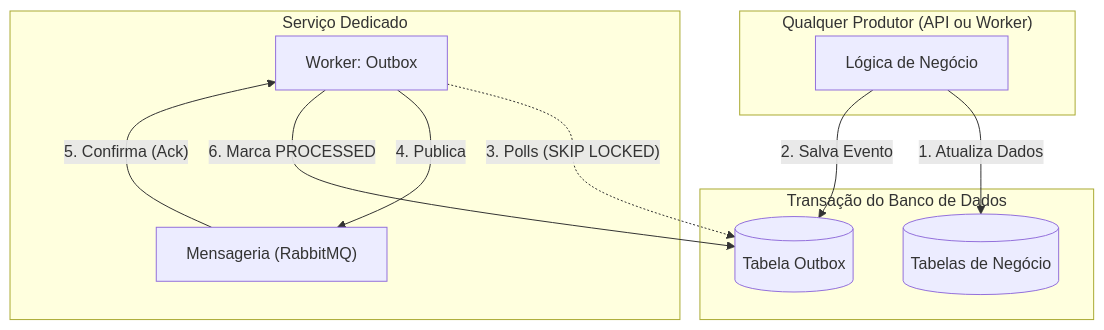
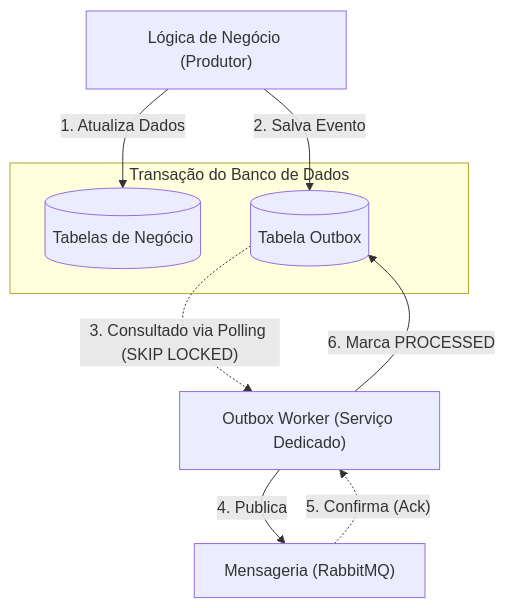
The second of 3 diagrams in README.pt-BR.md (luluopa/semantic-lead-intelligence-engine), drawn with Mermaid before and after one commit. The commit also changed 1 other file, not shown here.

Commit message:
docs: update OutboxWorker diagram in README and README.pt-BR for improved clarity and consistency in terminology

````diff
--- a/README.pt-BR.md
+++ b/README.pt-BR.md
@@ -59,24 +59,20 @@
 ```mermaid
 flowchart TD
-    subgraph "Qualquer Produtor (API ou Worker)"
-        Producer["Lógica de Negócio"]
-    end
+    Producer["Lógica de Negócio (Produtor)"]
     
     subgraph "Transação do Banco de Dados"
         DB[(Tabelas de Negócio)]
         Outbox[(Tabela Outbox)]
     end
     
-    Producer -->|1. Atualiza Dados| DB
-    Producer -->|2. Salva Evento| Outbox
+    Producer -->|"1. Atualiza Dados"| DB
+    Producer -->|"2. Salva Evento"| Outbox
     
-    subgraph "Serviço Dedicado"
-        OutboxWorker["Worker: Outbox"]
-        Broker["Mensageria (RabbitMQ)"]
-    end
+    OutboxWorker["Outbox Worker (Serviço Dedicado)"]
+    Broker["Mensageria (RabbitMQ)"]
     
-    OutboxWorker -.->|"3. Polls (SKIP LOCKED)"| Outbox
-    OutboxWorker -->|4. Publica| Broker
-    Broker -->|"5. Confirma (Ack)"| OutboxWorker
-    OutboxWorker -->|6. Marca PROCESSED| Outbox
+    Outbox -.->|"3. Consultado via Polling (SKIP LOCKED)"| OutboxWorker
+    OutboxWorker -->|"4. Publica"| Broker
+    Broker -.->|"5. Confirma (Ack)"| OutboxWorker
+    OutboxWorker -->|"6. Marca PROCESSED"| Outbox
 ```
````
